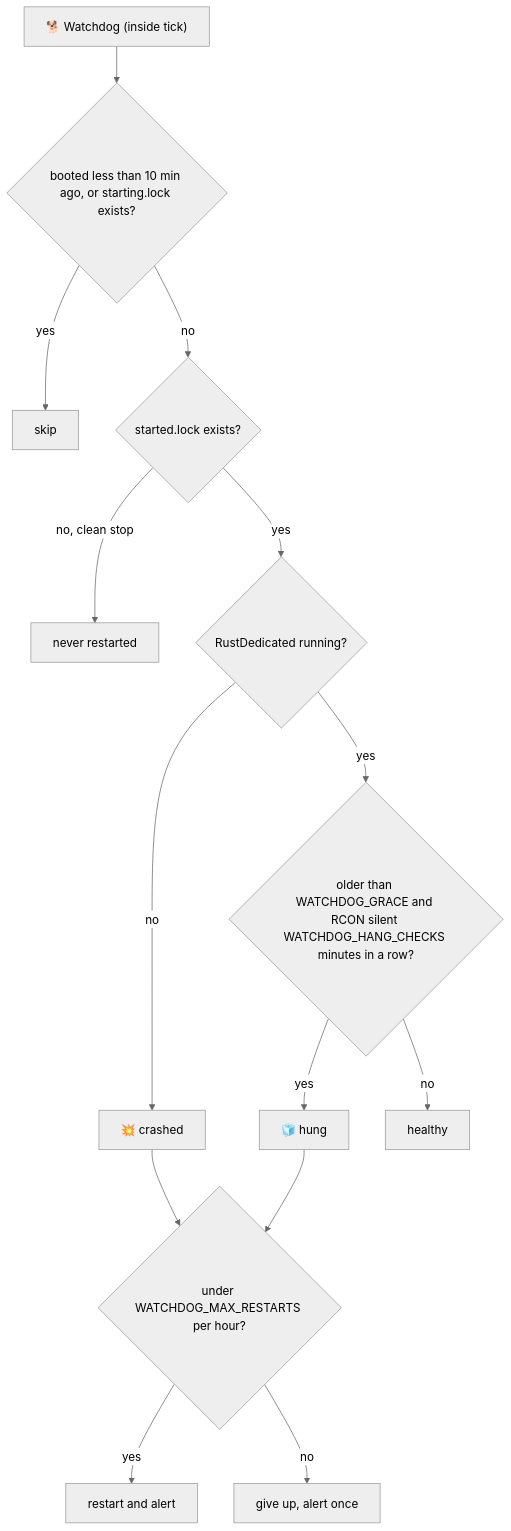
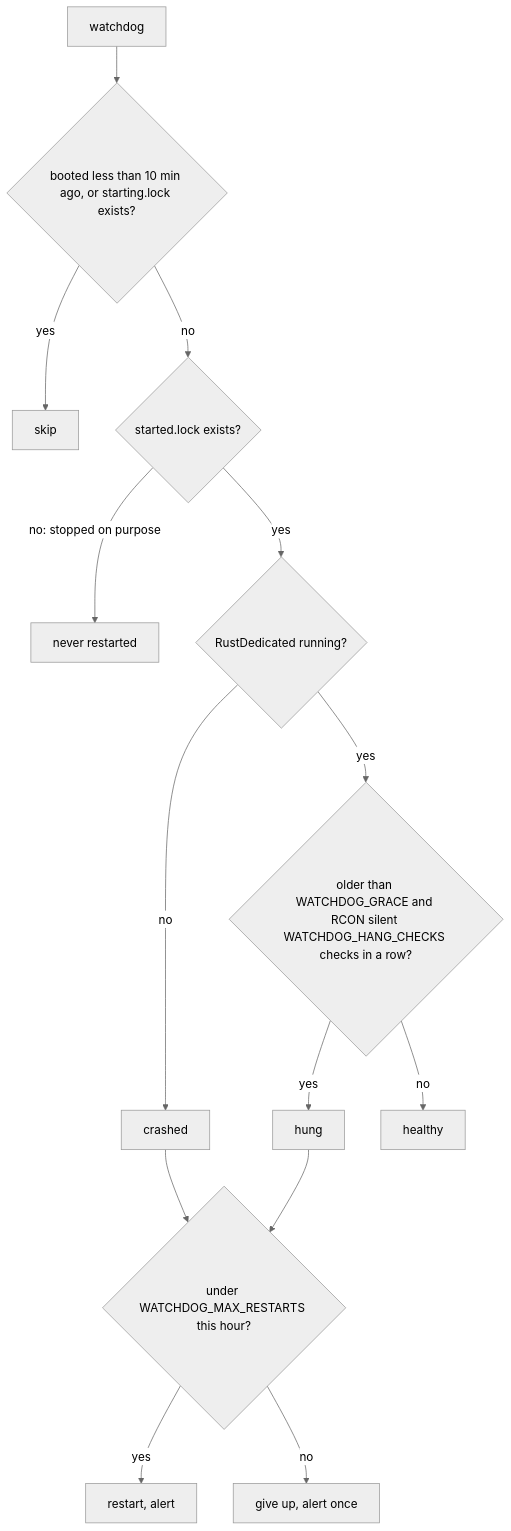
The fifth of 5 diagrams in README.md (wobujidao/rust-wipe-manager), drawn with Mermaid (neutral theme) before and after one commit. The commit also changed other lines of this file and 4 other files, not shown here.

````diff
--- a/README.md
+++ b/README.md
@@ -313,16 +453,16 @@
 ```mermaid
-graph TD
-    W["🐕 Watchdog (inside tick)"] --> B{"booted less than 10 min ago, or starting.lock exists?"}
-    B -->|"yes"| SKIP["skip"]
+flowchart TD
+    W["watchdog"] --> B{"booted less than 10 min ago, or starting.lock exists?"}
+    B -->|"yes"| SK["skip"]
     B -->|"no"| L{"started.lock exists?"}
-    L -->|"no, clean stop"| NEVER["never restarted"]
+    L -->|"no: stopped on purpose"| NV["never restarted"]
     L -->|"yes"| P{"RustDedicated running?"}
-    P -->|"no"| CR["💥 crashed"]
-    P -->|"yes"| H{"older than WATCHDOG_GRACE and RCON silent WATCHDOG_HANG_CHECKS minutes in a row?"}
-    H -->|"yes"| HU["🧊 hung"]
+    P -->|"no"| CR["crashed"]
+    P -->|"yes"| H{"older than WATCHDOG_GRACE and RCON silent WATCHDOG_HANG_CHECKS checks in a row?"}
+    H -->|"yes"| HU["hung"]
     H -->|"no"| OK["healthy"]
-    CR --> LIM{"under WATCHDOG_MAX_RESTARTS per hour?"}
+    CR --> LIM{"under WATCHDOG_MAX_RESTARTS this hour?"}
     HU --> LIM
-    LIM -->|"yes"| RS["restart and alert"]
+    LIM -->|"yes"| RS["restart, alert"]
     LIM -->|"no"| GU["give up, alert once"]
 ```
````
